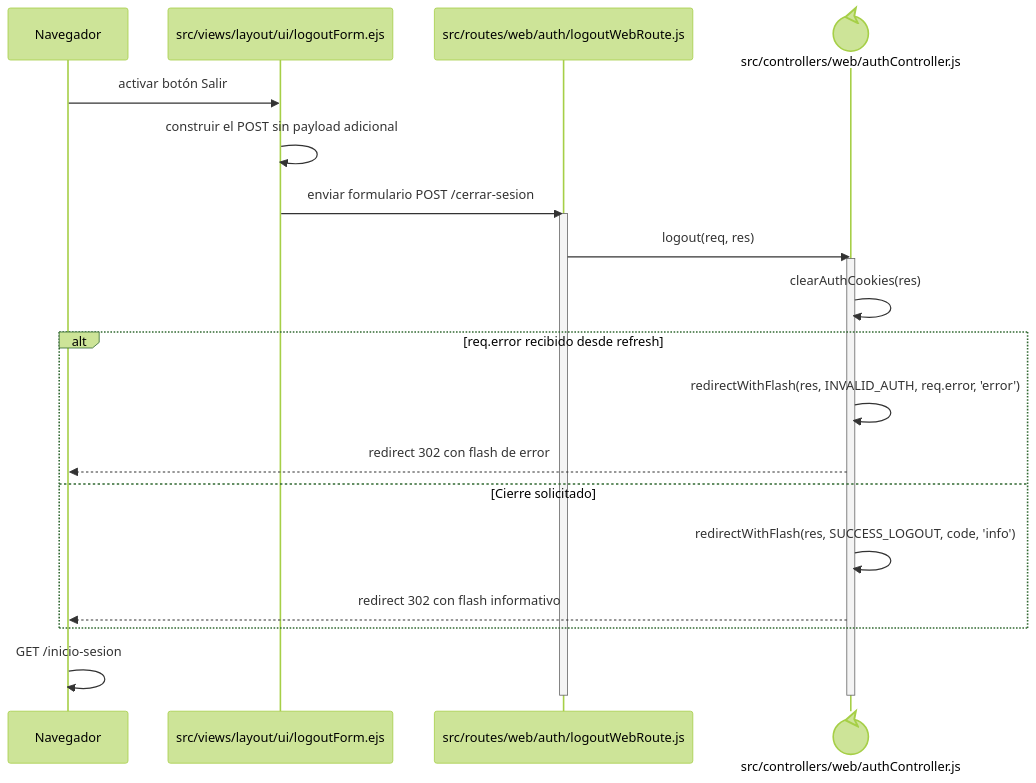
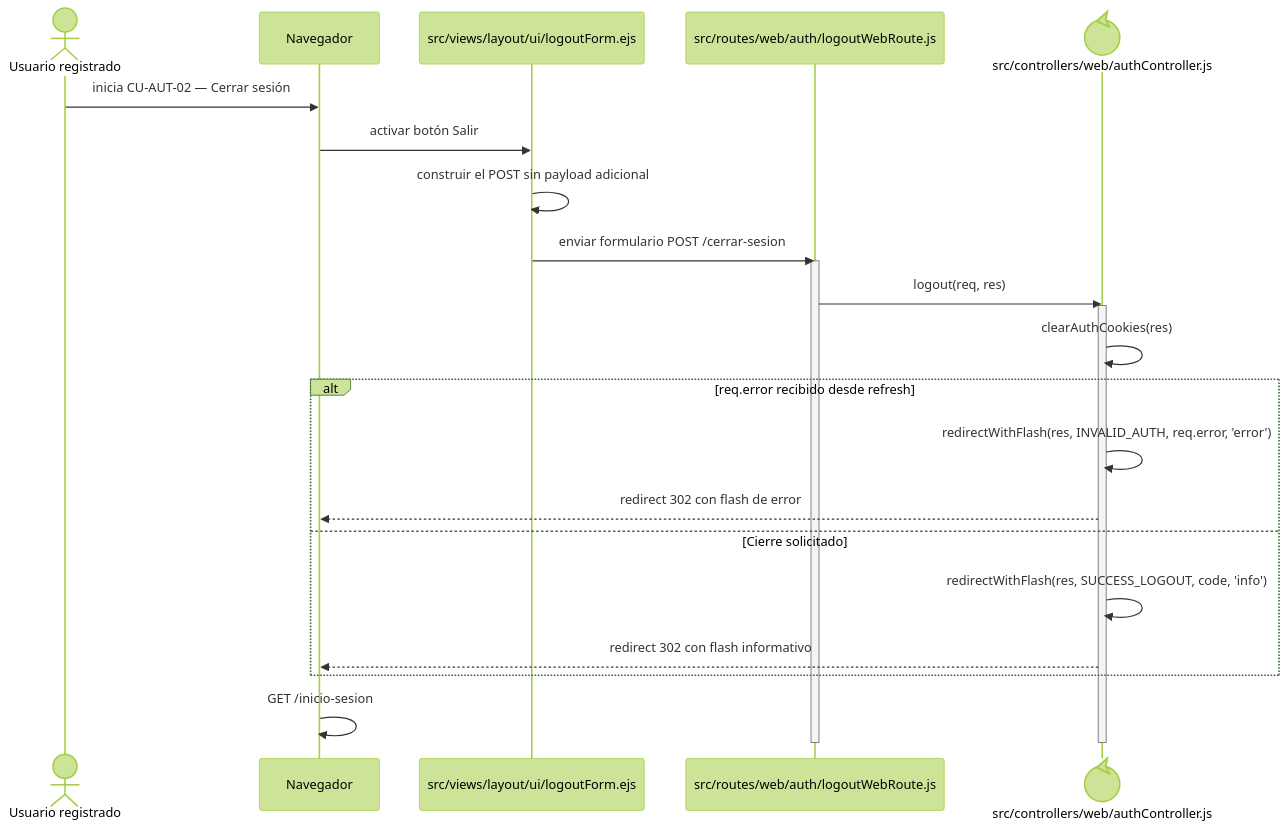
The diagram in docs/architecture/frontend-code-sequences/authentication/cu-aut-02.md (gpgsistemas01/nexus), drawn with Mermaid (forest theme) before and after one commit. The commit also changed 105 other files, not shown here.

````diff
--- a/docs/architecture/frontend-code-sequences/authentication/cu-aut-02.md
+++ b/docs/architecture/frontend-code-sequences/authentication/cu-aut-02.md
@@ -6,25 +6,27 @@
 ```mermaid
 sequenceDiagram
+    actor Initiator as Usuario registrado
     participant Browser as Navegador
     participant View as src/views/layout/ui/logoutForm.ejs
     participant Route as src/routes/web/auth/logoutWebRoute.js
     participant Controller@{ "type": "control" } as src/controllers/web/authController.js
 
+    Initiator->>Browser: inicia CU-AUT-02 — Cerrar sesión
     Browser->>View: activar botón Salir
     View->>View: construir el POST sin payload adicional
     View->>Route: enviar formulario POST /cerrar-sesion
     activate Route
     Route->>Controller: logout(req, res)
     activate Controller
     Controller->>Controller: clearAuthCookies(res)
     alt req.error recibido desde refresh
         Controller->>Controller: redirectWithFlash(res, INVALID_AUTH, req.error, 'error')
         Controller-->>Browser: redirect 302 con flash de error
     else Cierre solicitado
         Controller->>Controller: redirectWithFlash(res, SUCCESS_LOGOUT, code, 'info')
         Controller-->>Browser: redirect 302 con flash informativo
     end
     Browser->>Browser: GET /inicio-sesion
     deactivate Controller
     deactivate Route
 ```
````
